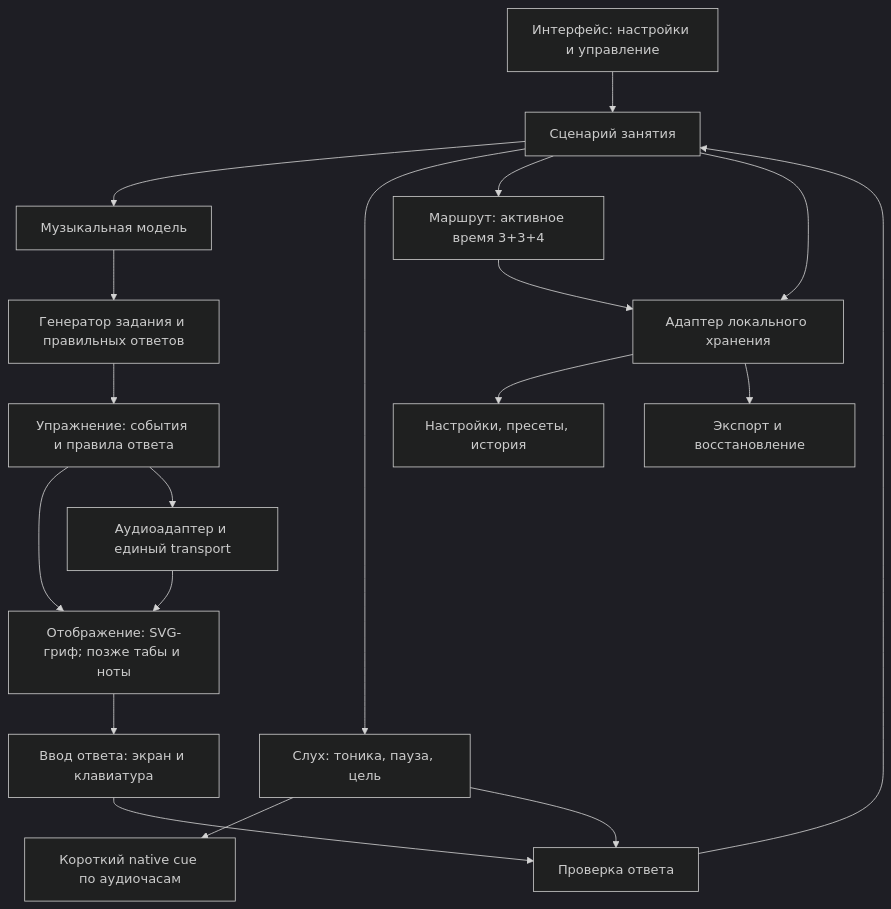
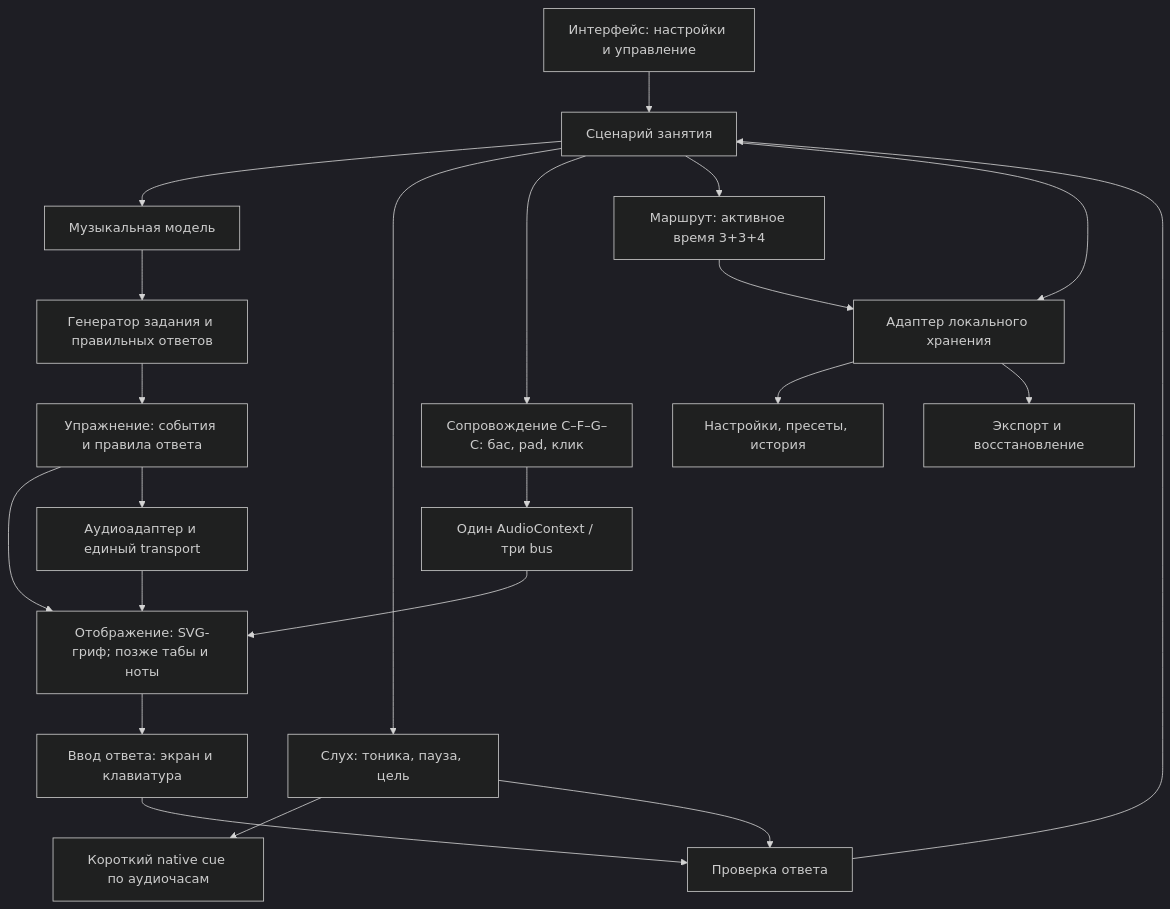
One commit to fin4cast/bass_study changed the diagram in docs/ARCHITECTURE.md. Above: the diagram before and after it, drawn with Mermaid (dark theme). The commit also changed other lines of this file and 51 other files, not shown here.

````diff
--- a/docs/ARCHITECTURE.md
+++ b/docs/ARCHITECTURE.md
@@ -25,21 +27,24 @@
 ```mermaid
 flowchart TD
     UI["Интерфейс: настройки и управление"] --> Session["Сценарий занятия"]
     Session --> Domain["Музыкальная модель"]
     Domain --> Generator["Генератор задания и правильных ответов"]
     Generator --> Exercise["Упражнение: события и правила ответа"]
     Exercise --> View["Отображение: SVG-гриф; позже табы и ноты"]
     Exercise --> Audio["Аудиоадаптер и единый transport"]
     Session --> Ear["Слух: тоника, пауза, цель"]
     Ear --> Cue["Короткий native cue по аудиочасам"]
     Ear --> Evaluator
+    Session --> Harmony["Сопровождение C–F–G–C: бас, pad, клик"]
+    Harmony --> CommonClock["Один AudioContext / три bus"]
+    CommonClock --> View
     Session --> Route["Маршрут: активное время 3+3+4"]
     Audio --> View
     View --> Answer["Ввод ответа: экран и клавиатура"]
     Answer --> Evaluator["Проверка ответа"]
     Evaluator --> Session
     Route --> Storage
     Session --> Storage["Адаптер локального хранения"]
     Storage --> History["Настройки, пресеты, история"]
     Storage --> Backup["Экспорт и восстановление"]
 ```
````
